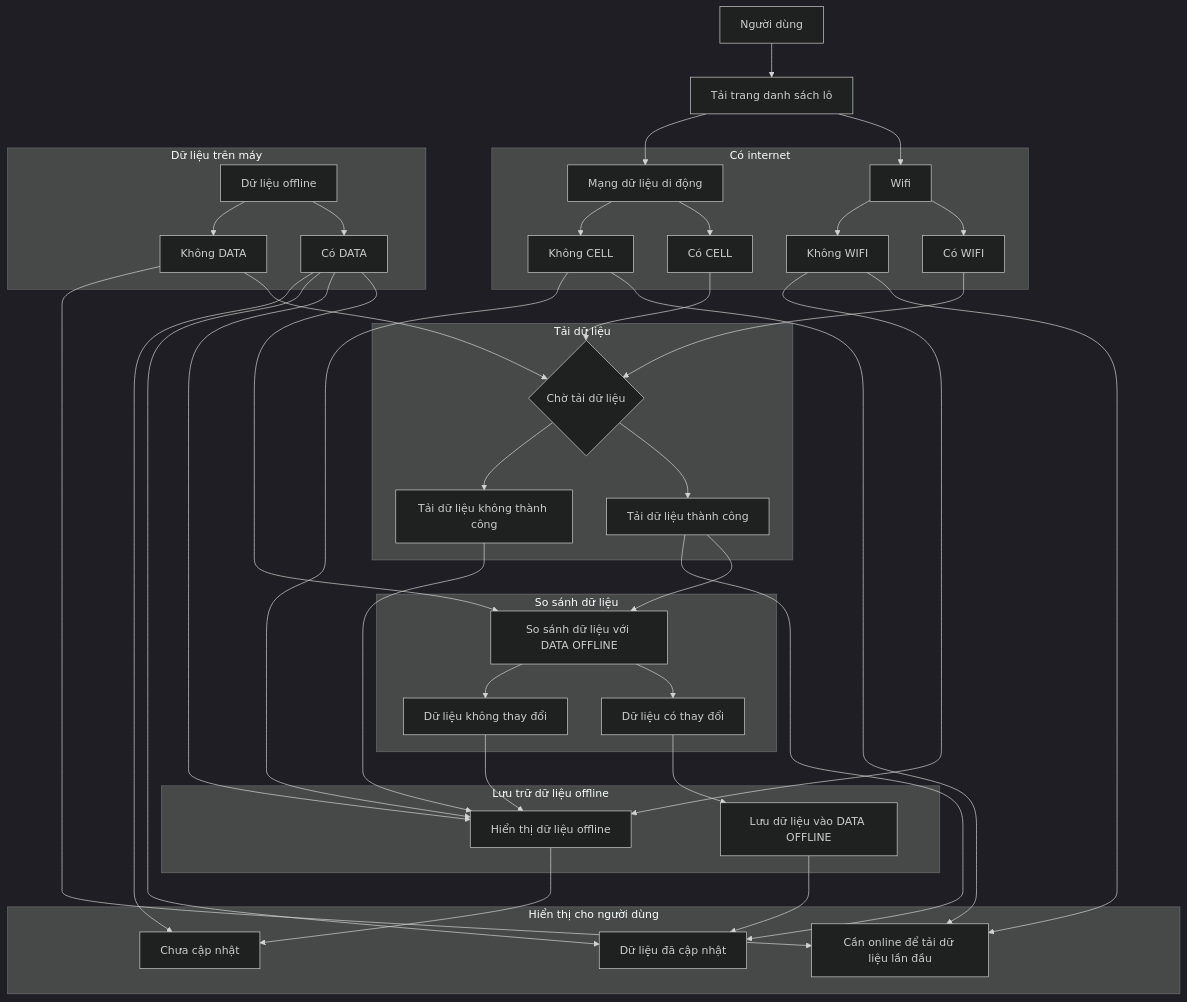
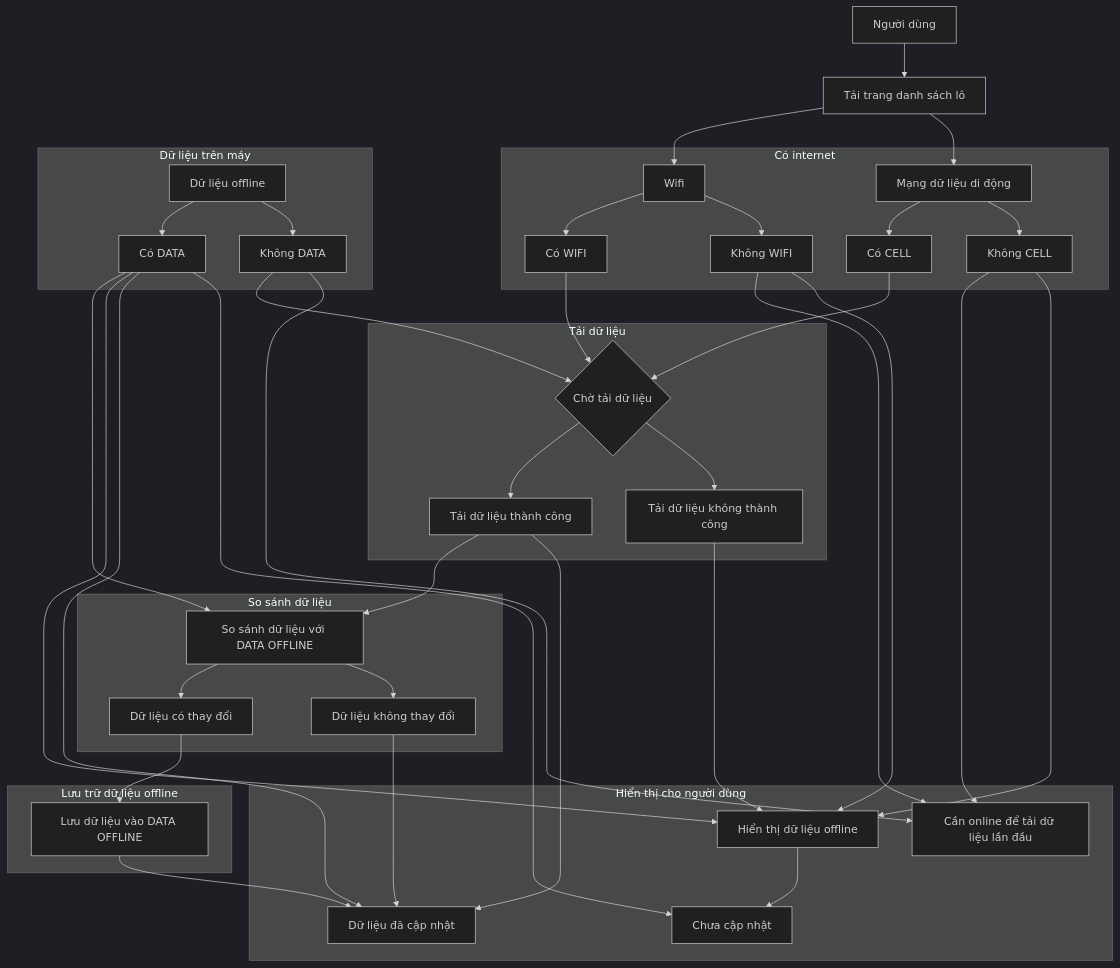
Before and after one commit to trethanhphat/tre-thanh-phat-pwa-docs: the diagram in docs/batches-flow.md, drawn with Mermaid (dark theme).

```diff
--- a/docs/batches-flow.md
+++ b/docs/batches-flow.md
@@ -68,7 +68,7 @@
 SAVE["Lưu dữ liệu vào DATA OFFLINE"]
     COMPARE-Y --> SAVE
 
-    COMPARE-N --> OFFLINE
+
 end
 
 
@@ -99,6 +99,7 @@
     DATA-Y --> SUCCESS
     FETCH-Y --> SUCCESS
     SAVE --> SUCCESS
+    COMPARE-N --> SUCCESS
 
 FAIL["Chưa cập nhật"]
     DATA-Y --> FAIL
```
